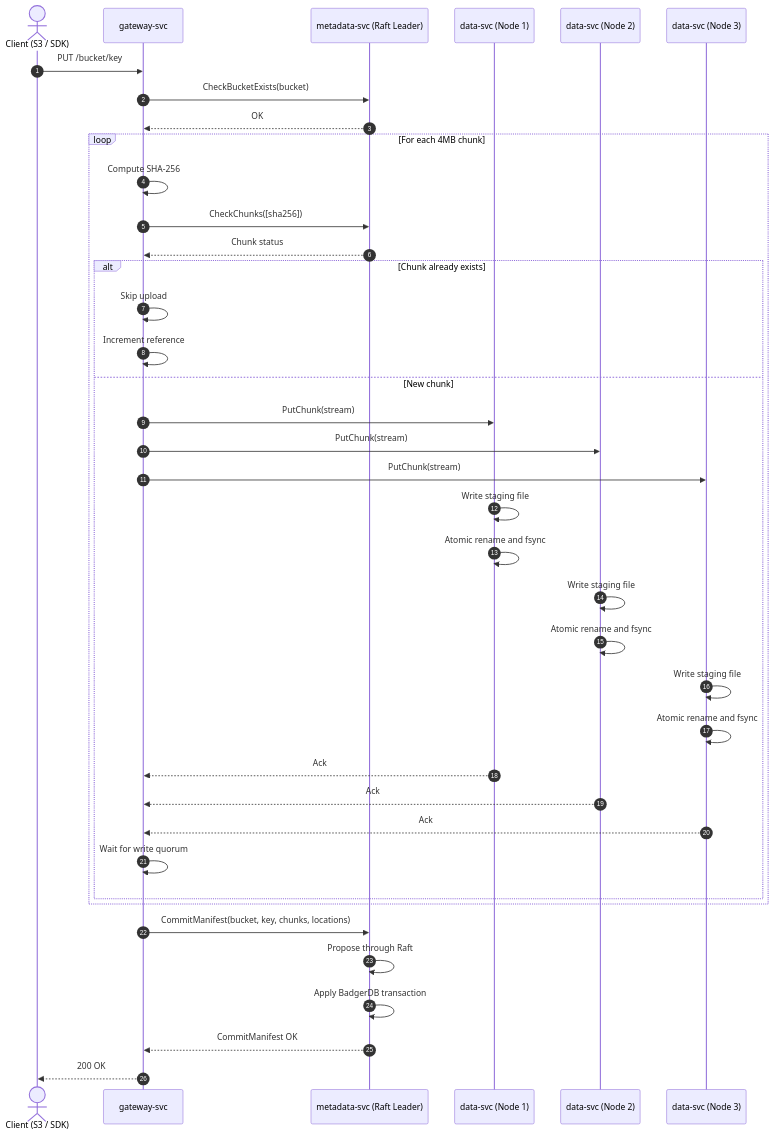
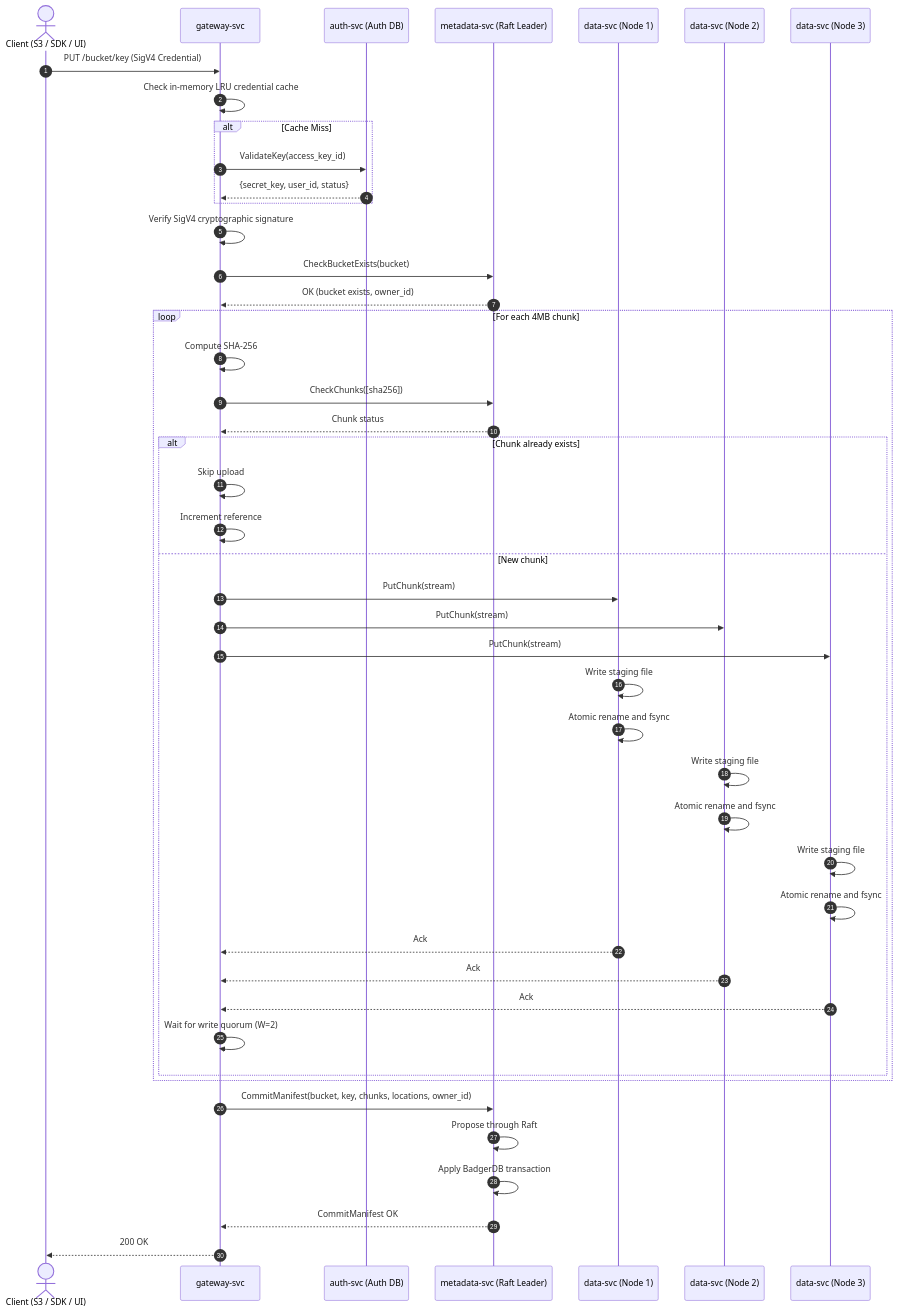
The second of 6 diagrams in docs/architecture.md (tharunn0/castor), drawn with Mermaid before and after one commit. The commit also changed other lines of this file and 5 other files, not shown here.

````diff
--- a/docs/architecture.md
+++ b/docs/architecture.md
@@ -73,54 +93,62 @@
 ```mermaid
 sequenceDiagram
     autonumber
 
-    actor Client as Client (S3 / SDK)
+    actor Client as Client (S3 / SDK / UI)
     participant GW as gateway-svc
+    participant Auth as auth-svc (Auth DB)
     participant Meta as metadata-svc (Raft Leader)
     participant D1 as data-svc (Node 1)
     participant D2 as data-svc (Node 2)
     participant D3 as data-svc (Node 3)
 
-    Client->>GW: PUT /bucket/key
+    Client->>GW: PUT /bucket/key (SigV4 Credential)
+    GW->>GW: Check in-memory LRU credential cache
+    alt Cache Miss
+        GW->>Auth: ValidateKey(access_key_id)
+        Auth-->>GW: {secret_key, user_id, status}
+    end
+    GW->>GW: Verify SigV4 cryptographic signature
+
     GW->>Meta: CheckBucketExists(bucket)
-    Meta-->>GW: OK
+    Meta-->>GW: OK (bucket exists, owner_id)
 
     loop For each 4MB chunk
         GW->>GW: Compute SHA-256
 
         GW->>Meta: CheckChunks([sha256])
         Meta-->>GW: Chunk status
 
         alt Chunk already exists
             GW->>GW: Skip upload
             GW->>GW: Increment reference
         else New chunk
             GW->>D1: PutChunk(stream)
             GW->>D2: PutChunk(stream)
             GW->>D3: PutChunk(stream)
 
             D1->>D1: Write staging file
             D1->>D1: Atomic rename and fsync
 
             D2->>D2: Write staging file
             D2->>D2: Atomic rename and fsync
 
             D3->>D3: Write staging file
             D3->>D3: Atomic rename and fsync
 
             D1-->>GW: Ack
             D2-->>GW: Ack
             D3-->>GW: Ack
 
-            GW->>GW: Wait for write quorum
+            GW->>GW: Wait for write quorum (W=2)
         end
     end
 
-    GW->>Meta: CommitManifest(bucket, key, chunks, locations)
+    GW->>Meta: CommitManifest(bucket, key, chunks, locations, owner_id)
 
     Meta->>Meta: Propose through Raft
     Meta->>Meta: Apply BadgerDB transaction
 
     Meta-->>GW: CommitManifest OK
     GW-->>Client: 200 OK
 ```
````
